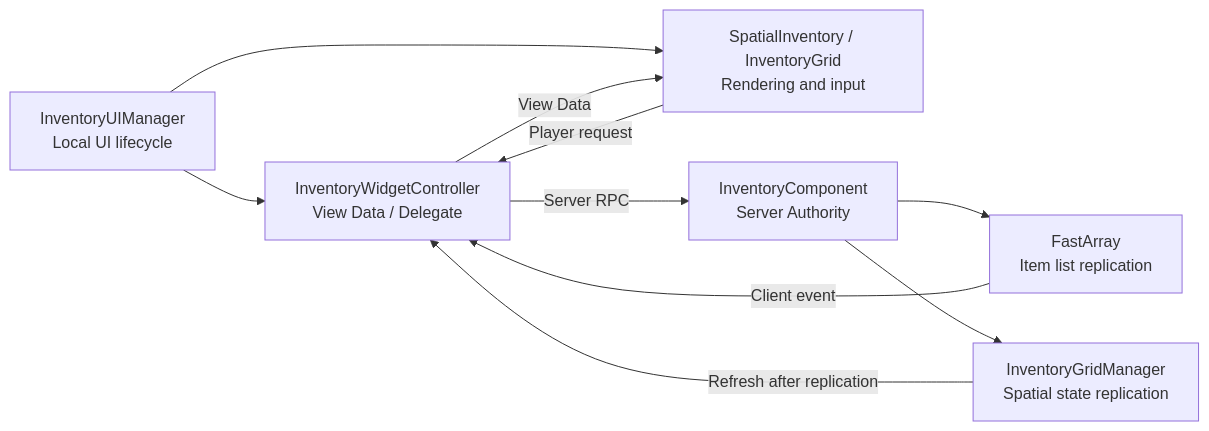
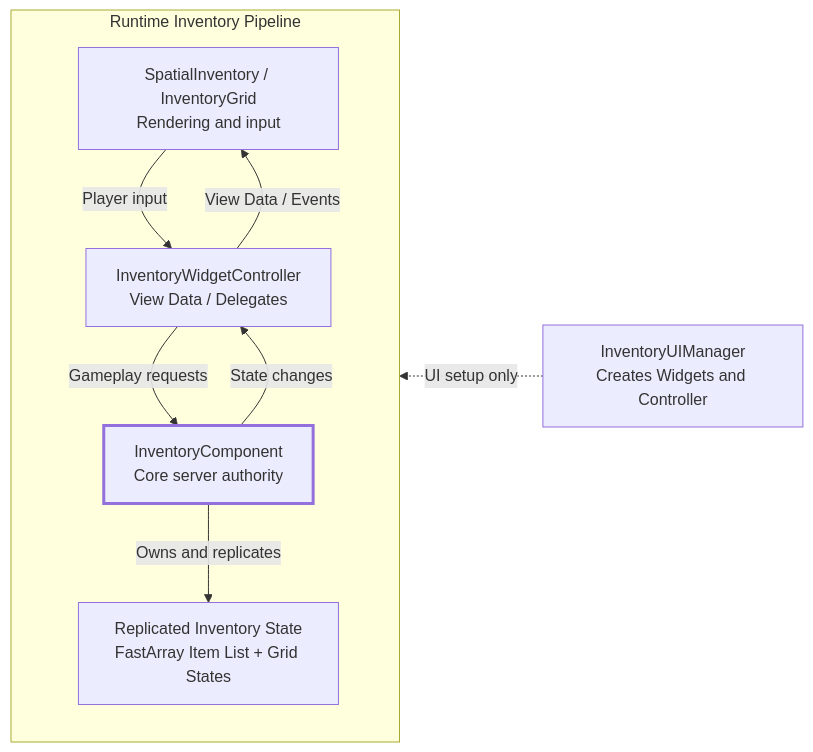
The diagram in README.md (AAAiee/Aura), drawn with Mermaid before and after one commit. The commit also changed 1 other file, not shown here.

Commit message:
updated readme flow charts

````diff
--- a/README.md
+++ b/README.md
@@ -62,12 +62,28 @@
 ```mermaid
-flowchart LR
-    UIManager["InventoryUIManager<br/>Local UI lifecycle"] --> Controller["InventoryWidgetController<br/>View Data / Delegate"]
-    UIManager --> View["SpatialInventory / InventoryGrid<br/>Rendering and input"]
-    View -->|Player request| Controller
-    Controller -->|Server RPC| Component["InventoryComponent<br/>Server Authority"]
-    Component --> FastArray["FastArray<br/>Item list replication"]
-    Component --> GridManager["InventoryGridManager<br/>Spatial state replication"]
-    FastArray -->|Client event| Controller
-    GridManager -->|Refresh after replication| Controller
-    Controller -->|View Data| View
+flowchart RL
+    UIManager["InventoryUIManager<br/>Creates Widgets and Controller"]
+
+    UIManager -.->|UI setup only| Pipeline
+
+    subgraph Pipeline["Runtime Inventory Pipeline"]
+        direction TB
+
+        View["SpatialInventory / InventoryGrid<br/>Rendering and input"]
+
+        Controller["InventoryWidgetController<br/>View Data / Delegates"]
+
+        Component["InventoryComponent<br/>Core server authority"]:::core
+
+        State["Replicated Inventory State<br/>FastArray Item List + Grid States"]
+
+        View -->|Player input| Controller
+        Controller -->|View Data / Events| View
+
+        Controller -->|Gameplay requests| Component
+        Component -->|State changes| Controller
+
+        Component -->|Owns and replicates| State
+    end
+
+    classDef core stroke-width:3px
 ```
````
